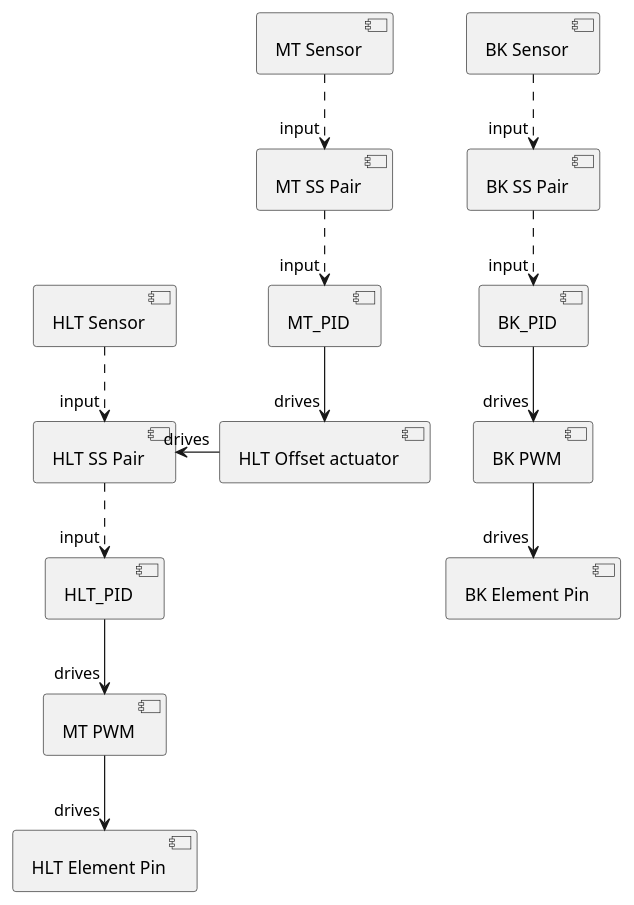
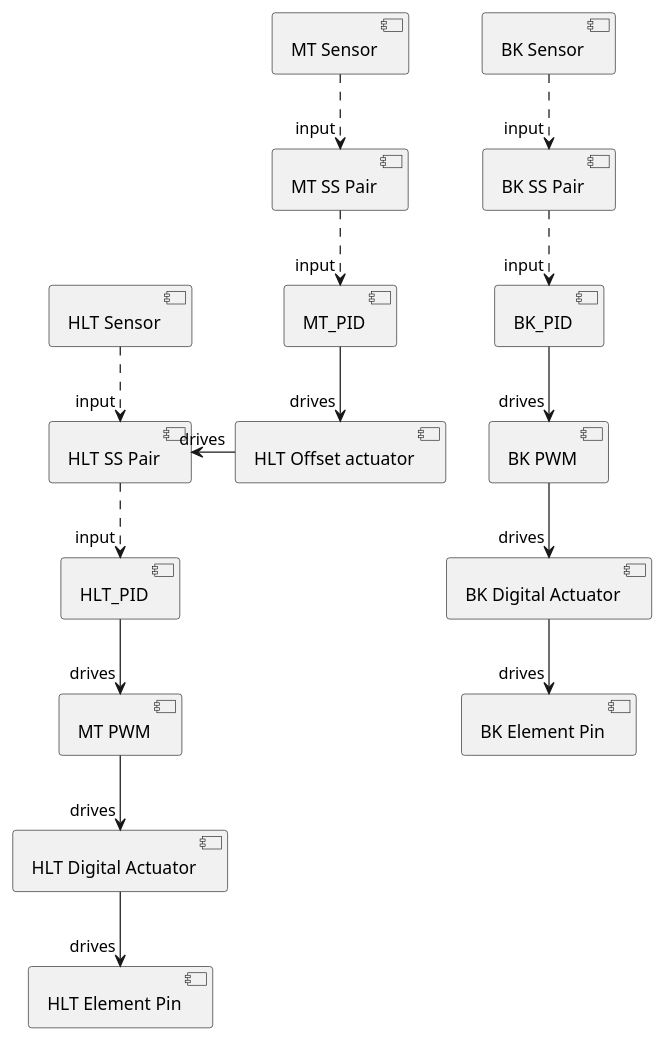
Before and after one commit to BrewBlox/brewblox-documentation: the diagram in docs/uml/herms_chain.puml, drawn with PlantUML. The commit also changed 7 other files, not shown here.

```diff
--- a/docs/uml/herms_chain.puml
+++ b/docs/uml/herms_chain.puml
@@ -1,35 +1,40 @@
 @startuml HERMS
 component HLT_PID
 component BK_PID
 component MT_PID
 
 component HLT_PWM as "MT PWM"
 component BK_PWM as "BK PWM"
+
+component HLT_Digital as "HLT Digital Actuator"
+component BK_Digital as "BK Digital Actuator"
 
 component HLT_Pin as "HLT Element Pin"
 component BK_Pin as "BK Element Pin"
 
 component HLT_SSP as "HLT SS Pair"
 component MT_SSP as "MT SS Pair"
 component BK_SSP as "BK SS Pair"
 component HLT_Sensor as "HLT Sensor"
 component BK_Sensor as "BK Sensor"
 component MT_Sensor as "MT Sensor"
 component HLT_Offset as "HLT Offset actuator"
 
 HLT_Sensor .down.> "input" HLT_SSP
 HLT_SSP .down.> "input" HLT_PID
 HLT_PID -down-> "drives" HLT_PWM
-HLT_PWM -down-> "drives" HLT_Pin
+HLT_PWM -down-> "drives" HLT_Digital
+HLT_Digital -down-> "drives" HLT_Pin
 
 MT_Sensor .down.> "input" MT_SSP
 MT_SSP .down.> "input" MT_PID
 MT_PID -down-> "drives" HLT_Offset
 HLT_Offset -left-> "drives" HLT_SSP
 
 BK_Sensor .down.> "input" BK_SSP
 BK_SSP .down.> "input" BK_PID
 BK_PID -down-> "drives" BK_PWM
-BK_PWM -down-> "drives" BK_Pin
+BK_PWM -down-> "drives" BK_Digital
+BK_Digital -down-> "drives" BK_Pin
 
 @enduml
```
